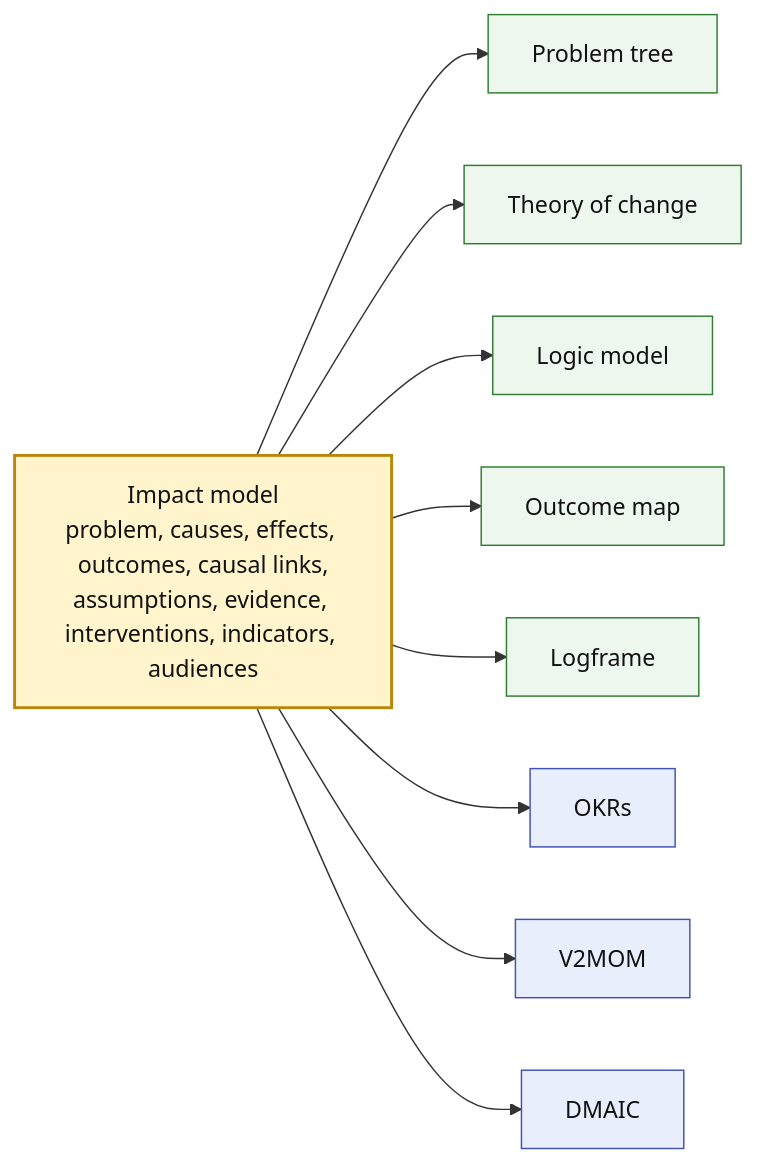
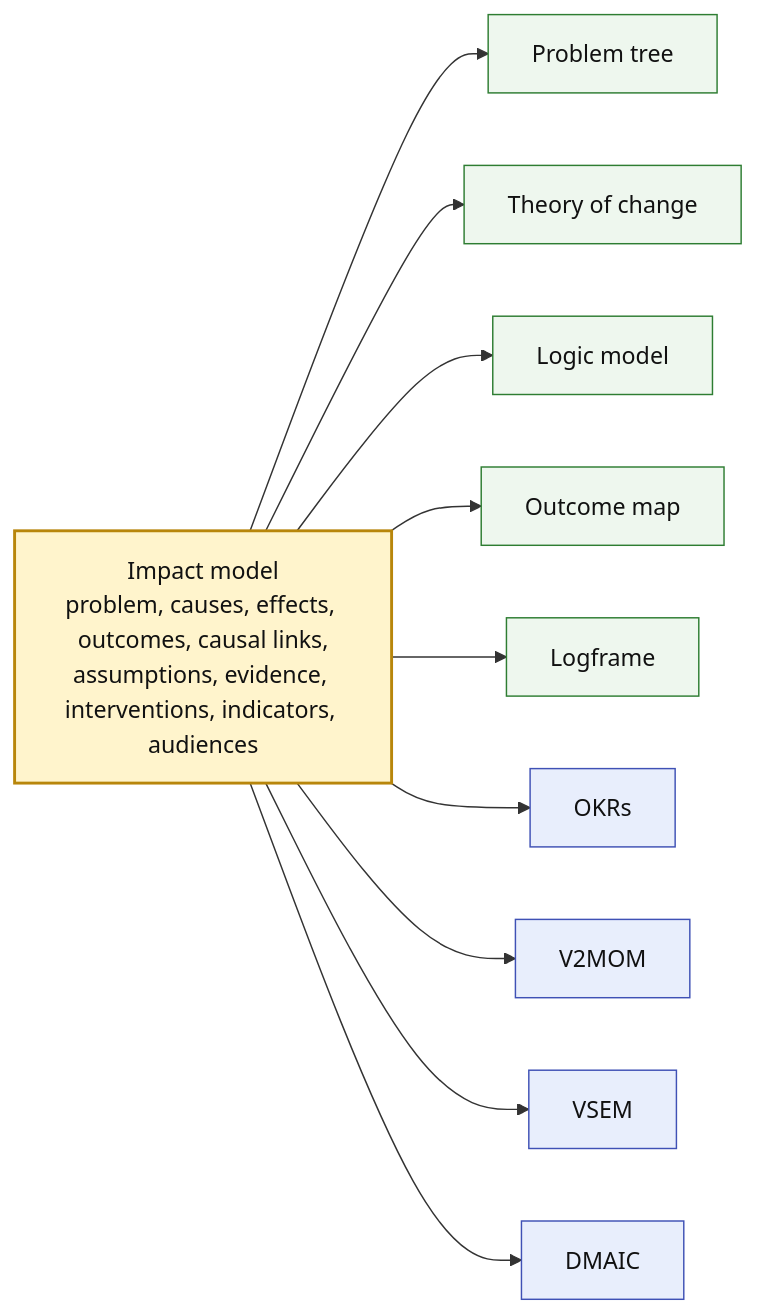
One commit to ProductBuildersHQ/impact-model changed the first of 4 diagrams in docs/index.md. Above: the diagram before and after it, drawn with Mermaid. The commit also changed other lines of this file and 12 other files, not shown here.

````diff
--- a/docs/index.md
+++ b/docs/index.md
@@ -18,16 +18,17 @@
 ```mermaid
 flowchart LR
   classDef model fill:#fff4cc,stroke:#b8860b,stroke-width:2px,color:#111
   classDef method fill:#eef7ee,stroke:#2e7d32,color:#111
   classDef strategy fill:#e8eefc,stroke:#3f51b5,color:#111
 
   im["Impact model<br/>problem, causes, effects, outcomes, causal links,<br/>assumptions, evidence, interventions, indicators, audiences"]:::model
   im --> pt["Problem tree"]:::method
   im --> toc["Theory of change"]:::method
   im --> lm["Logic model"]:::method
   im --> om["Outcome map"]:::method
   im --> lf["Logframe"]:::method
   im --> okr["OKRs"]:::strategy
   im --> v2["V2MOM"]:::strategy
+  im --> vs["VSEM"]:::strategy
   im --> dm["DMAIC"]:::strategy
 ```
````
